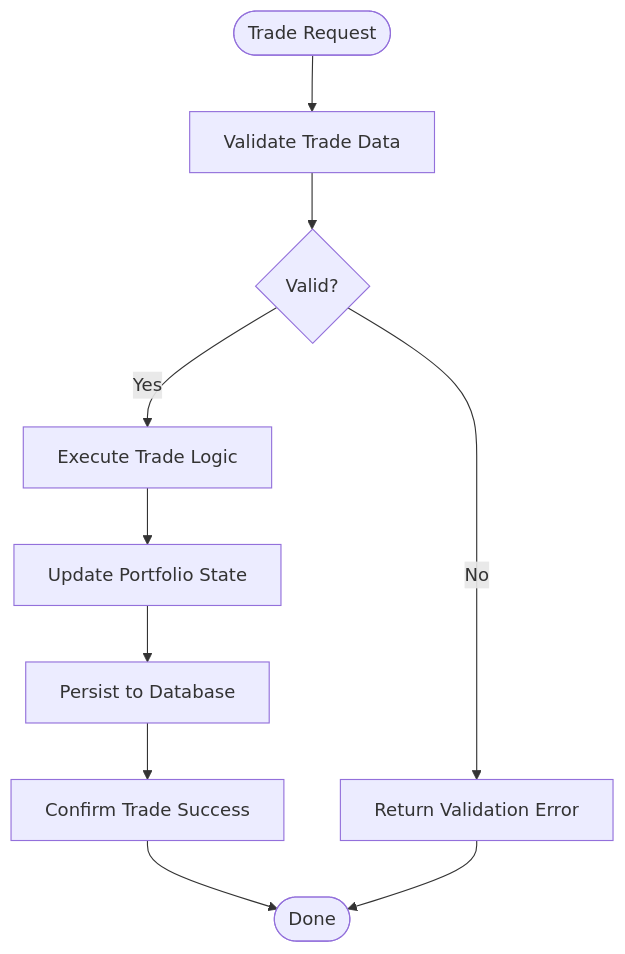
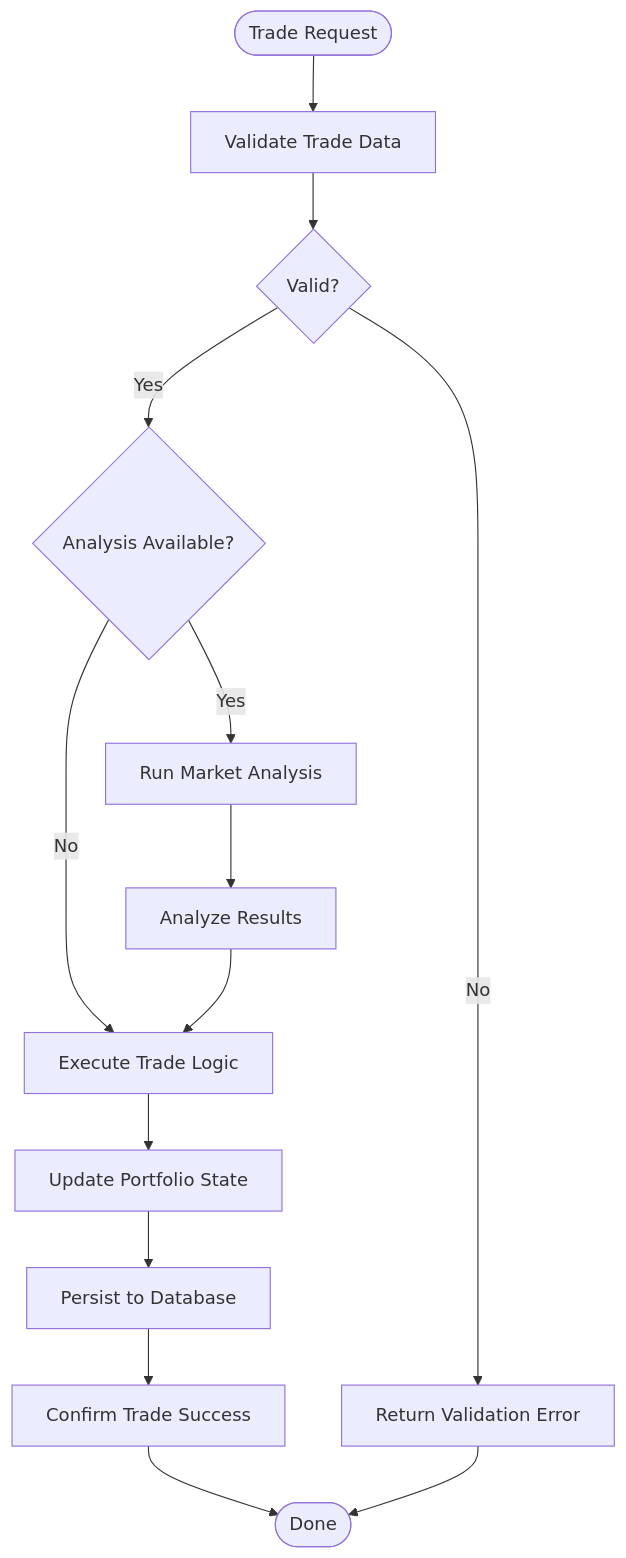
Before and after one commit to ZengSeng/telegram-bot: the seventh of 11 diagrams in .qoder/repowiki/en/content/Core Components/Analysis Framework.md, drawn with Mermaid. The commit also changed other lines of this file and 24 other files, not shown here.

````diff
--- a/.qoder/repowiki/en/content/Core Components/Analysis Framework.md
+++ b/.qoder/repowiki/en/content/Core Components/Analysis Framework.md
@@ -293,12 +334,16 @@
 ```mermaid
 flowchart TD
 Start(["Trade Request"]) --> Validate["Validate Trade Data"]
 Validate --> Valid{"Valid?"}
 Valid --> |No| Error["Return Validation Error"]
-Valid --> |Yes| Execute["Execute Trade Logic"]
+Valid --> |Yes| CheckAnalysis{"Analysis Available?"}
+CheckAnalysis --> |Yes| RunAnalysis["Run Market Analysis"]
+CheckAnalysis --> |No| Execute["Execute Trade Logic"]
+RunAnalysis --> AnalyzeResult["Analyze Results"]
+AnalyzeResult --> Execute["Execute Trade Logic"]
 Execute --> UpdatePortfolio["Update Portfolio State"]
 UpdatePortfolio --> Persist["Persist to Database"]
 Persist --> Confirm["Confirm Trade Success"]
 Confirm --> End(["Done"])
 Error --> End
 ```
````
